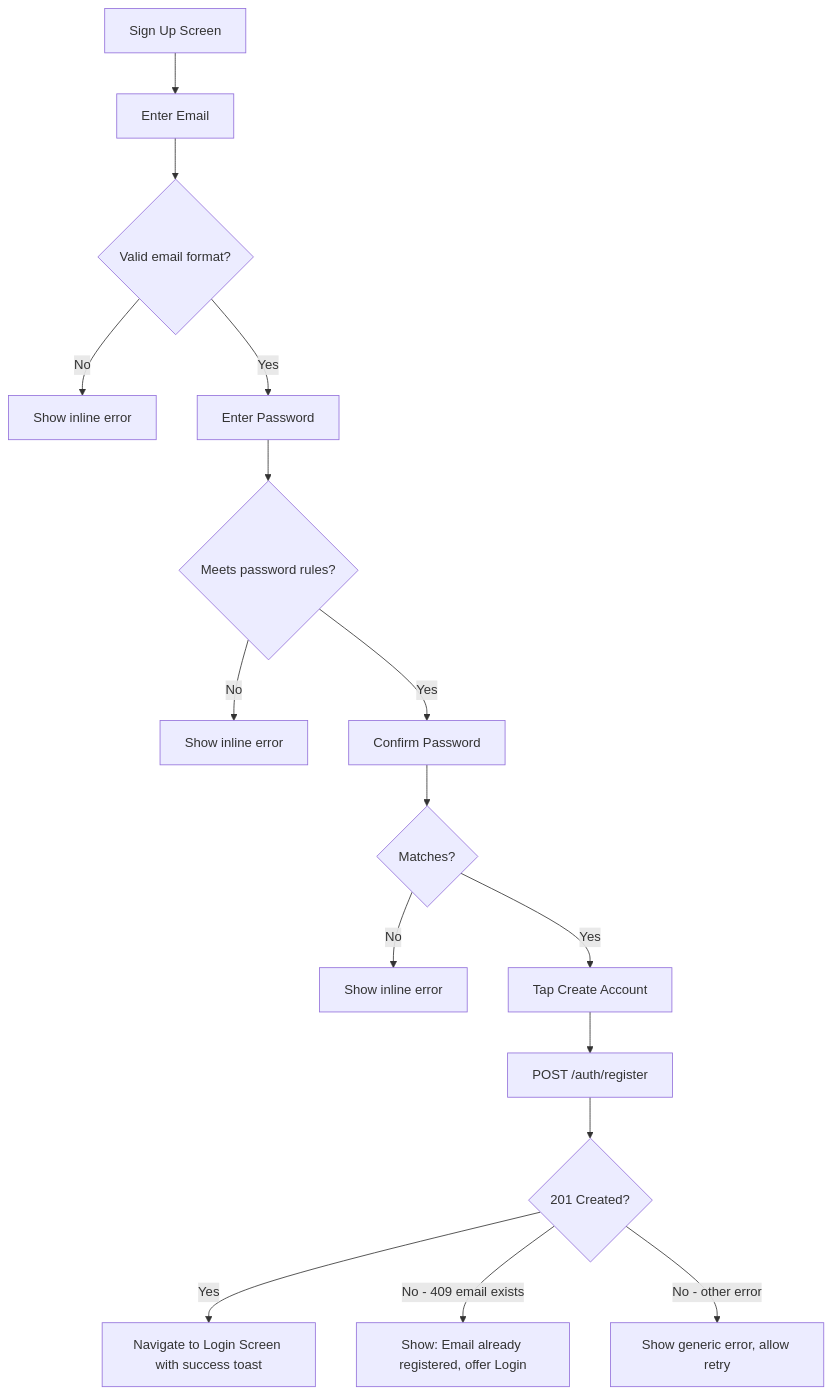
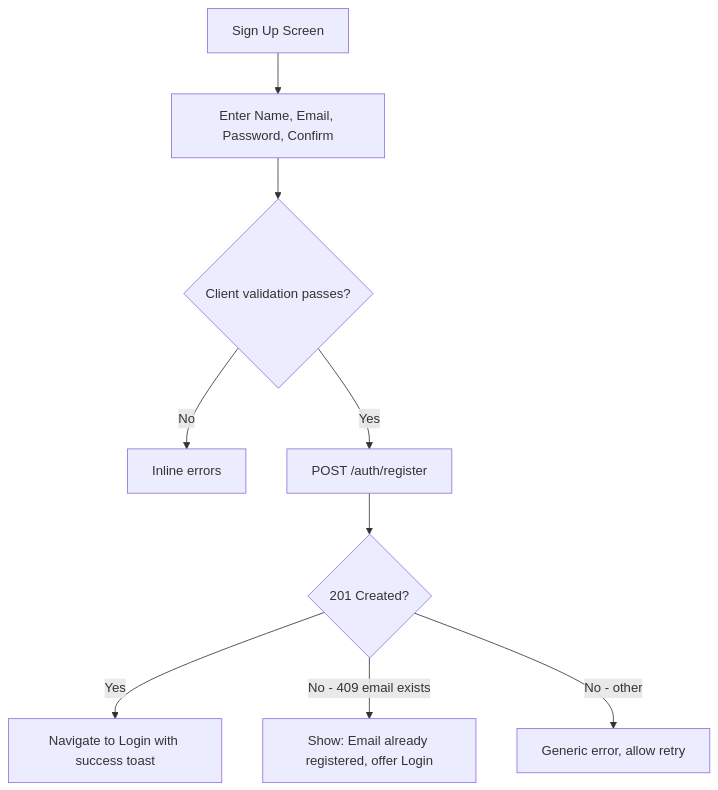
The second of 9 diagrams in docs/frontend-flow-and-business-logic.md (subhi19/nutriwise-ai), drawn with Mermaid before and after one commit. The commit also changed other lines of this file, not shown here.

````diff
--- a/docs/frontend-flow-and-business-logic.md
+++ b/docs/frontend-flow-and-business-logic.md
@@ -73,18 +72,11 @@
 ```mermaid
 flowchart TD
-    A[Sign Up Screen] --> B[Enter Email]
-    B --> C{Valid email format?}
-    C -->|No| B2[Show inline error]
-    C -->|Yes| D[Enter Password]
-    D --> E{Meets password rules?}
-    E -->|No| D2[Show inline error]
-    E -->|Yes| F[Confirm Password]
-    F --> G{Matches?}
-    G -->|No| F2[Show inline error]
-    G -->|Yes| H[Tap Create Account]
-    H --> I[POST /auth/register]
-    I --> J{201 Created?}
-    J -->|Yes| K[Navigate to Login Screen with success toast]
-    J -->|No - 409 email exists| L[Show: Email already registered, offer Login]
-    J -->|No - other error| M[Show generic error, allow retry]
+    A[Sign Up Screen] --> B[Enter Name, Email, Password, Confirm]
+    B --> C{Client validation passes?}
+    C -->|No| B2[Inline errors]
+    C -->|Yes| D[POST /auth/register]
+    D --> E{201 Created?}
+    E -->|Yes| F[Navigate to Login with success toast]
+    E -->|No - 409 email exists| G[Show: Email already registered, offer Login]
+    E -->|No - other| H[Generic error, allow retry]
 ```
````
